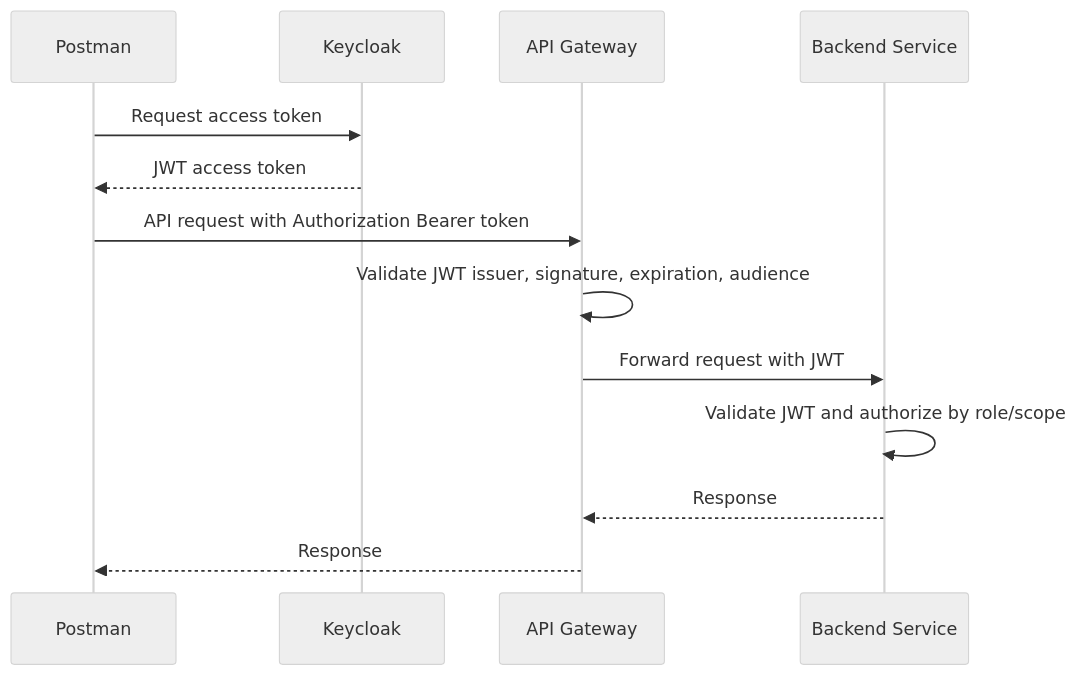
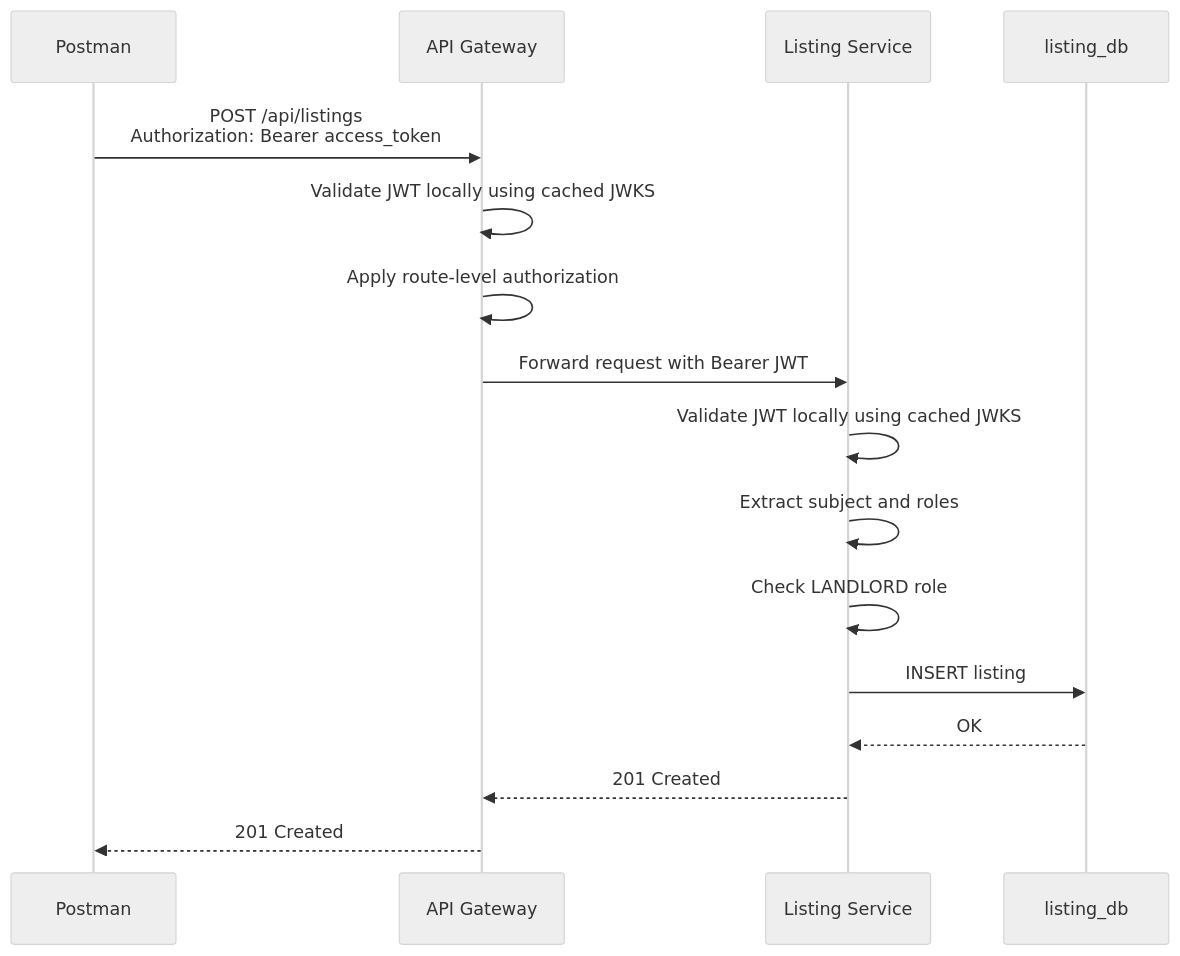
Before and after one commit to thisdudkin/estate-booking-platform: the third of 17 diagrams in README.md, drawn with Mermaid (neutral theme). The commit also changed other lines of this file, not shown here.

````diff
--- a/README.md
+++ b/README.md
@@ -159,15 +240,18 @@
 ```mermaid
 sequenceDiagram
-    participant U as Postman
-    participant KC as Keycloak
+    participant C as Postman
     participant G as API Gateway
-    participant S as Backend Service
-    U ->> KC: Request access token
-    KC -->> U: JWT access token
-    U ->> G: API request with Authorization Bearer token
-    G ->> G: Validate JWT issuer, signature, expiration, audience
-    G ->> S: Forward request with JWT
-    S ->> S: Validate JWT and authorize by role/scope
-    S -->> G: Response
-    G -->> U: Response
+    participant L as Listing Service
+    participant DB as listing_db
+    C ->> G: POST /api/listings<br/>Authorization: Bearer access_token
+    G ->> G: Validate JWT locally using cached JWKS
+    G ->> G: Apply route-level authorization
+    G ->> L: Forward request with Bearer JWT
+    L ->> L: Validate JWT locally using cached JWKS
+    L ->> L: Extract subject and roles
+    L ->> L: Check LANDLORD role
+    L ->> DB: INSERT listing
+    DB -->> L: OK
+    L -->> G: 201 Created
+    G -->> C: 201 Created
 ```
````
